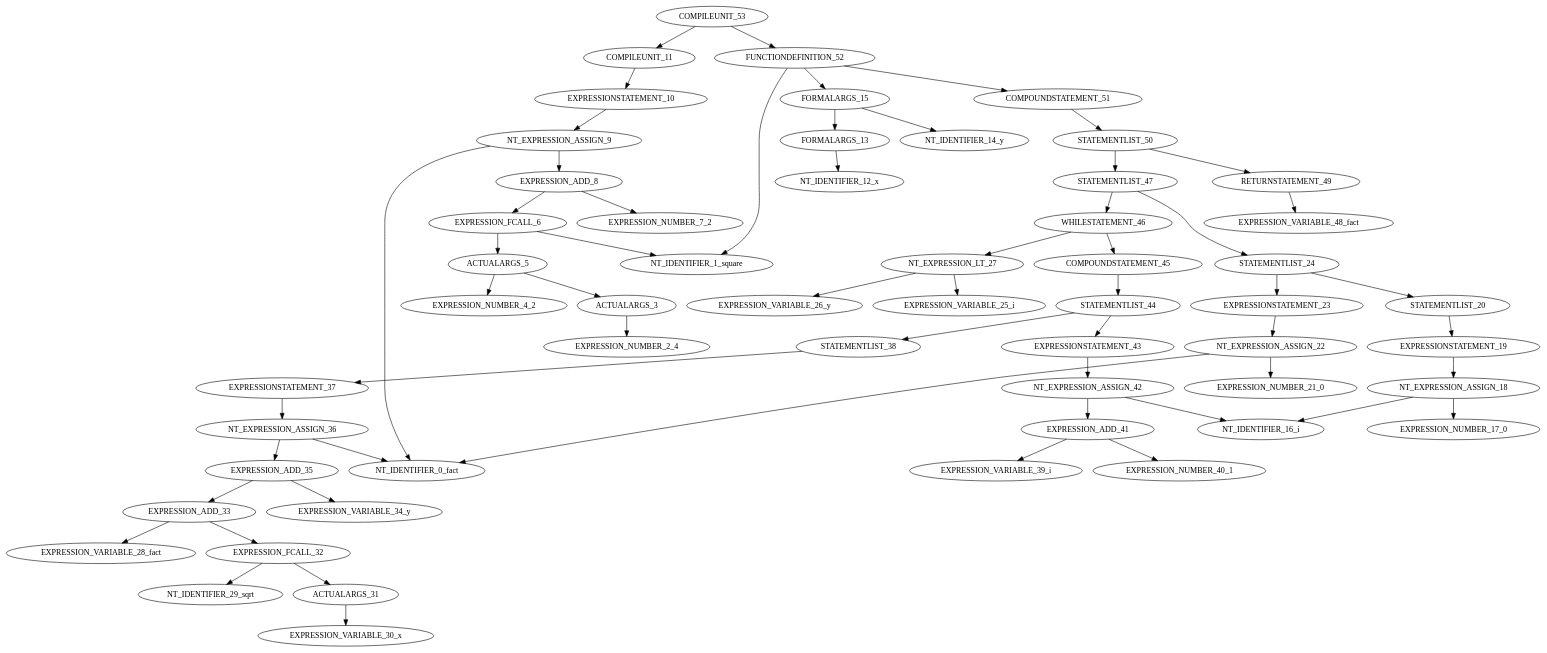
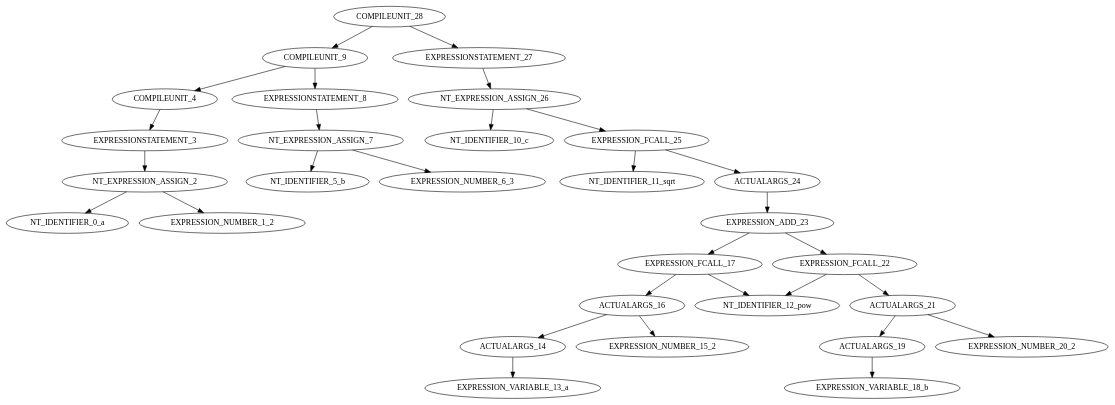
Before and after one commit to LPoulitsis/TypeCheckingMINIC: the diagram in ST.dot, drawn with Graphviz. The commit also changed 4 other files, not shown here.

Commit message:
Fix sqrt and pow cases to handle both float and int values.

```diff
--- a/ST.dot
+++ b/ST.dot
@@ -1,59 +1,31 @@
 digraph G{
-"COMPILEUNIT_53"->"COMPILEUNIT_11";
-"COMPILEUNIT_11"->"EXPRESSIONSTATEMENT_10";
-"EXPRESSIONSTATEMENT_10"->"NT_EXPRESSION_ASSIGN_9";
-"NT_EXPRESSION_ASSIGN_9"->"NT_IDENTIFIER_0_fact";
-"NT_EXPRESSION_ASSIGN_9"->"EXPRESSION_ADD_8";
-"EXPRESSION_ADD_8"->"EXPRESSION_FCALL_6";
-"EXPRESSION_FCALL_6"->"NT_IDENTIFIER_1_square";
-"EXPRESSION_FCALL_6"->"ACTUALARGS_5";
-"ACTUALARGS_5"->"ACTUALARGS_3";
-"ACTUALARGS_3"->"EXPRESSION_NUMBER_2_4";
-"ACTUALARGS_5"->"EXPRESSION_NUMBER_4_2";
-"EXPRESSION_ADD_8"->"EXPRESSION_NUMBER_7_2";
-"COMPILEUNIT_53"->"FUNCTIONDEFINITION_52";
-"FUNCTIONDEFINITION_52"->"NT_IDENTIFIER_1_square";
-"FUNCTIONDEFINITION_52"->"FORMALARGS_15";
-"FORMALARGS_15"->"FORMALARGS_13";
-"FORMALARGS_13"->"NT_IDENTIFIER_12_x";
-"FORMALARGS_15"->"NT_IDENTIFIER_14_y";
-"FUNCTIONDEFINITION_52"->"COMPOUNDSTATEMENT_51";
-"COMPOUNDSTATEMENT_51"->"STATEMENTLIST_50";
-"STATEMENTLIST_50"->"STATEMENTLIST_47";
-"STATEMENTLIST_47"->"STATEMENTLIST_24";
-"STATEMENTLIST_24"->"STATEMENTLIST_20";
-"STATEMENTLIST_20"->"EXPRESSIONSTATEMENT_19";
-"EXPRESSIONSTATEMENT_19"->"NT_EXPRESSION_ASSIGN_18";
-"NT_EXPRESSION_ASSIGN_18"->"NT_IDENTIFIER_16_i";
-"NT_EXPRESSION_ASSIGN_18"->"EXPRESSION_NUMBER_17_0";
-"STATEMENTLIST_24"->"EXPRESSIONSTATEMENT_23";
-"EXPRESSIONSTATEMENT_23"->"NT_EXPRESSION_ASSIGN_22";
-"NT_EXPRESSION_ASSIGN_22"->"NT_IDENTIFIER_0_fact";
-"NT_EXPRESSION_ASSIGN_22"->"EXPRESSION_NUMBER_21_0";
-"STATEMENTLIST_47"->"WHILESTATEMENT_46";
-"WHILESTATEMENT_46"->"NT_EXPRESSION_LT_27";
-"NT_EXPRESSION_LT_27"->"EXPRESSION_VARIABLE_25_i";
-"NT_EXPRESSION_LT_27"->"EXPRESSION_VARIABLE_26_y";
-"WHILESTATEMENT_46"->"COMPOUNDSTATEMENT_45";
-"COMPOUNDSTATEMENT_45"->"STATEMENTLIST_44";
-"STATEMENTLIST_44"->"STATEMENTLIST_38";
-"STATEMENTLIST_38"->"EXPRESSIONSTATEMENT_37";
-"EXPRESSIONSTATEMENT_37"->"NT_EXPRESSION_ASSIGN_36";
-"NT_EXPRESSION_ASSIGN_36"->"NT_IDENTIFIER_0_fact";
-"NT_EXPRESSION_ASSIGN_36"->"EXPRESSION_ADD_35";
-"EXPRESSION_ADD_35"->"EXPRESSION_ADD_33";
-"EXPRESSION_ADD_33"->"EXPRESSION_VARIABLE_28_fact";
-"EXPRESSION_ADD_33"->"EXPRESSION_FCALL_32";
-"EXPRESSION_FCALL_32"->"NT_IDENTIFIER_29_sqrt";
-"EXPRESSION_FCALL_32"->"ACTUALARGS_31";
-"ACTUALARGS_31"->"EXPRESSION_VARIABLE_30_x";
-"EXPRESSION_ADD_35"->"EXPRESSION_VARIABLE_34_y";
-"STATEMENTLIST_44"->"EXPRESSIONSTATEMENT_43";
-"EXPRESSIONSTATEMENT_43"->"NT_EXPRESSION_ASSIGN_42";
-"NT_EXPRESSION_ASSIGN_42"->"NT_IDENTIFIER_16_i";
-"NT_EXPRESSION_ASSIGN_42"->"EXPRESSION_ADD_41";
-"EXPRESSION_ADD_41"->"EXPRESSION_VARIABLE_39_i";
-"EXPRESSION_ADD_41"->"EXPRESSION_NUMBER_40_1";
-"STATEMENTLIST_50"->"RETURNSTATEMENT_49";
-"RETURNSTATEMENT_49"->"EXPRESSION_VARIABLE_48_fact";
+"COMPILEUNIT_28"->"COMPILEUNIT_9";
+"COMPILEUNIT_9"->"COMPILEUNIT_4";
+"COMPILEUNIT_4"->"EXPRESSIONSTATEMENT_3";
+"EXPRESSIONSTATEMENT_3"->"NT_EXPRESSION_ASSIGN_2";
+"NT_EXPRESSION_ASSIGN_2"->"NT_IDENTIFIER_0_a";
+"NT_EXPRESSION_ASSIGN_2"->"EXPRESSION_NUMBER_1_2";
+"COMPILEUNIT_9"->"EXPRESSIONSTATEMENT_8";
+"EXPRESSIONSTATEMENT_8"->"NT_EXPRESSION_ASSIGN_7";
+"NT_EXPRESSION_ASSIGN_7"->"NT_IDENTIFIER_5_b";
+"NT_EXPRESSION_ASSIGN_7"->"EXPRESSION_NUMBER_6_3";
+"COMPILEUNIT_28"->"EXPRESSIONSTATEMENT_27";
+"EXPRESSIONSTATEMENT_27"->"NT_EXPRESSION_ASSIGN_26";
+"NT_EXPRESSION_ASSIGN_26"->"NT_IDENTIFIER_10_c";
+"NT_EXPRESSION_ASSIGN_26"->"EXPRESSION_FCALL_25";
+"EXPRESSION_FCALL_25"->"NT_IDENTIFIER_11_sqrt";
+"EXPRESSION_FCALL_25"->"ACTUALARGS_24";
+"ACTUALARGS_24"->"EXPRESSION_ADD_23";
+"EXPRESSION_ADD_23"->"EXPRESSION_FCALL_17";
+"EXPRESSION_FCALL_17"->"NT_IDENTIFIER_12_pow";
+"EXPRESSION_FCALL_17"->"ACTUALARGS_16";
+"ACTUALARGS_16"->"ACTUALARGS_14";
+"ACTUALARGS_14"->"EXPRESSION_VARIABLE_13_a";
+"ACTUALARGS_16"->"EXPRESSION_NUMBER_15_2";
+"EXPRESSION_ADD_23"->"EXPRESSION_FCALL_22";
+"EXPRESSION_FCALL_22"->"NT_IDENTIFIER_12_pow";
+"EXPRESSION_FCALL_22"->"ACTUALARGS_21";
+"ACTUALARGS_21"->"ACTUALARGS_19";
+"ACTUALARGS_19"->"EXPRESSION_VARIABLE_18_b";
+"ACTUALARGS_21"->"EXPRESSION_NUMBER_20_2";
 }
```
